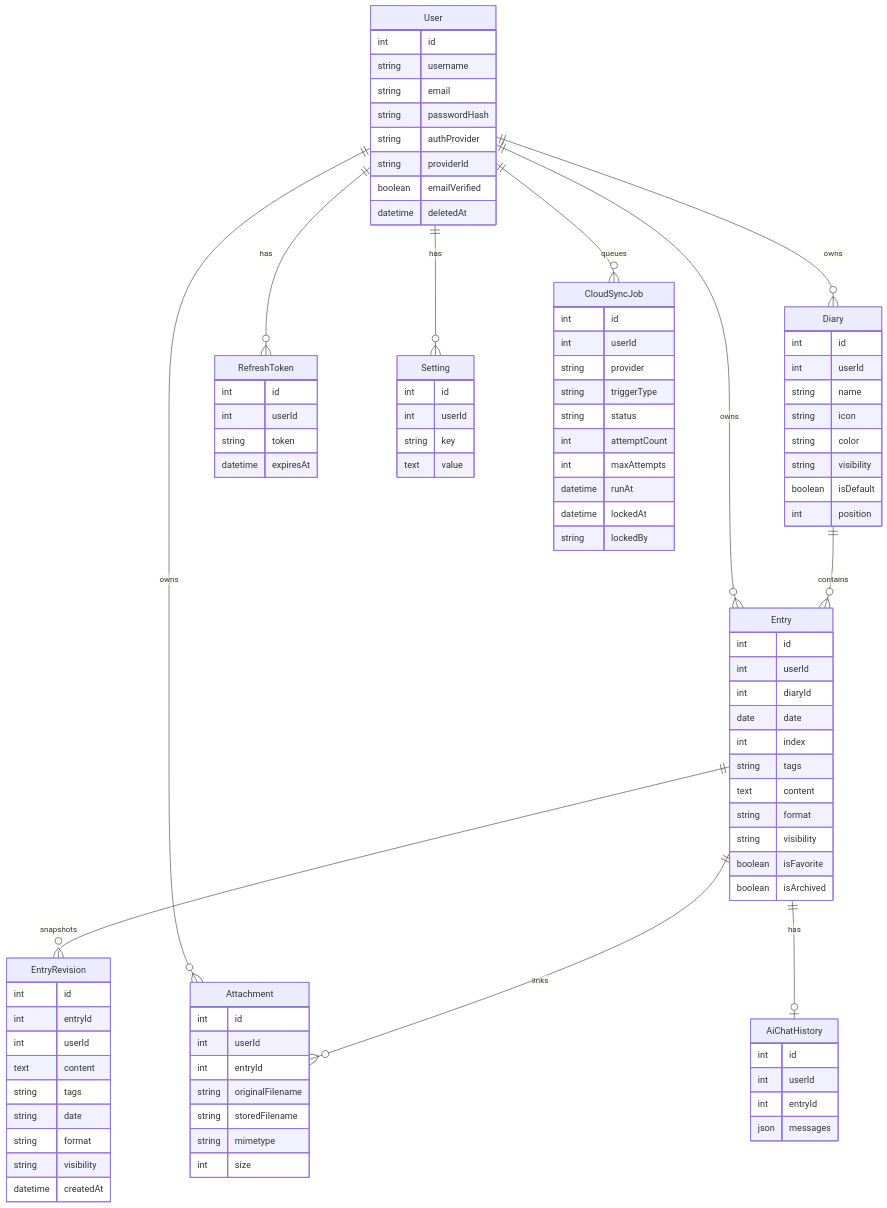
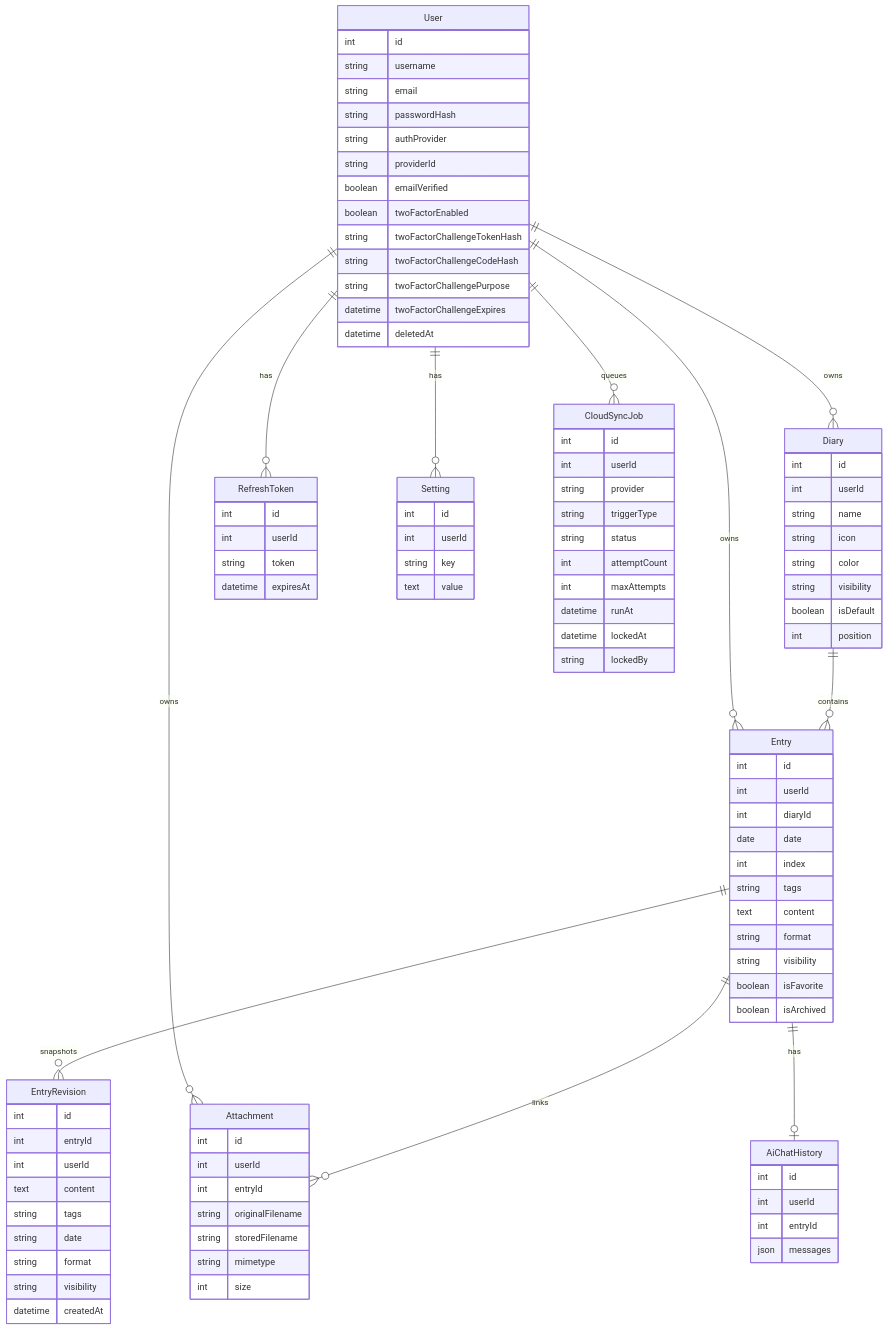
Before and after one commit to chefzaid/thoughty: the diagram in docs/data-model.md, drawn with Mermaid. The commit also changed 49 other files, not shown here.

Commit message:
Add email two-factor authentication

```diff
--- a/docs/data-model.md
+++ b/docs/data-model.md
@@ -26,6 +26,11 @@
         string authProvider
         string providerId
         boolean emailVerified
+        boolean twoFactorEnabled
+        string twoFactorChallengeTokenHash
+        string twoFactorChallengeCodeHash
+        string twoFactorChallengePurpose
+        datetime twoFactorChallengeExpires
         datetime deletedAt
     }
 
```
